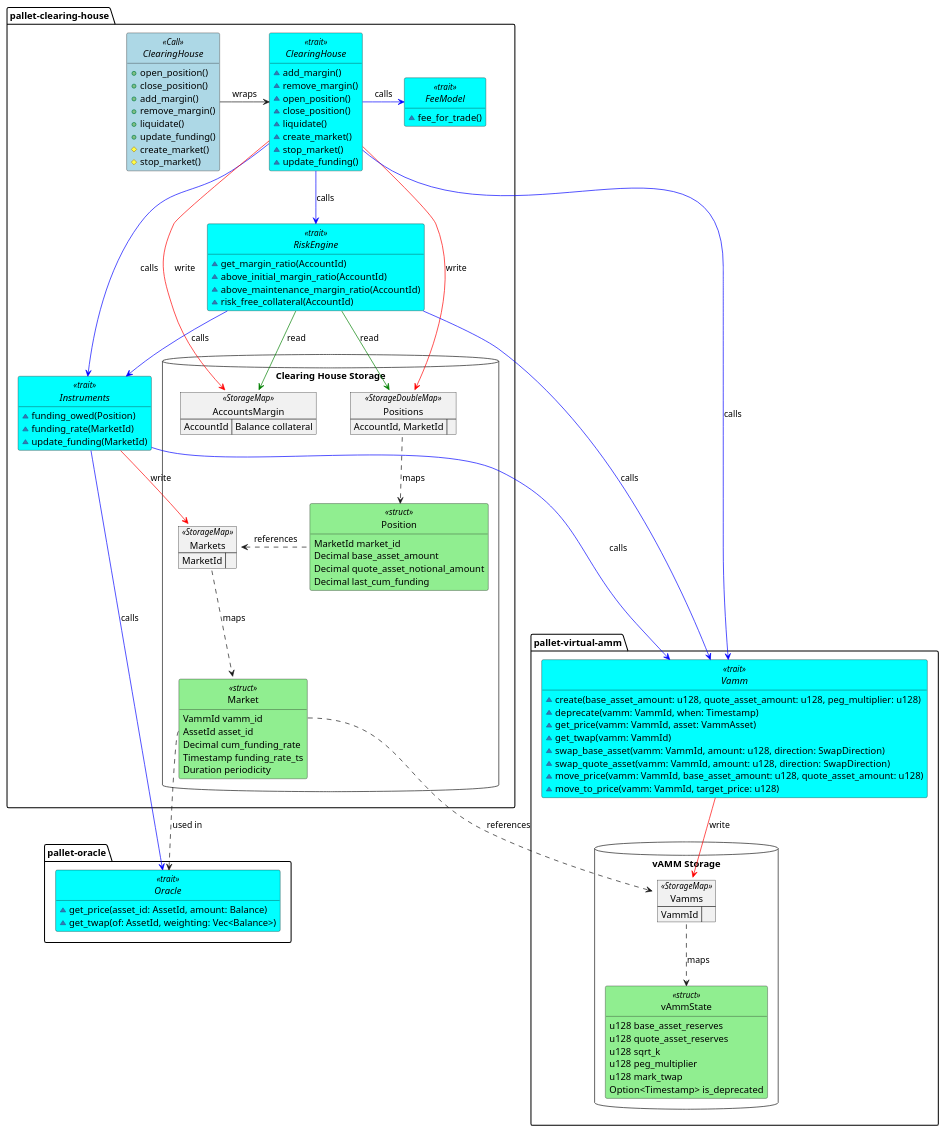
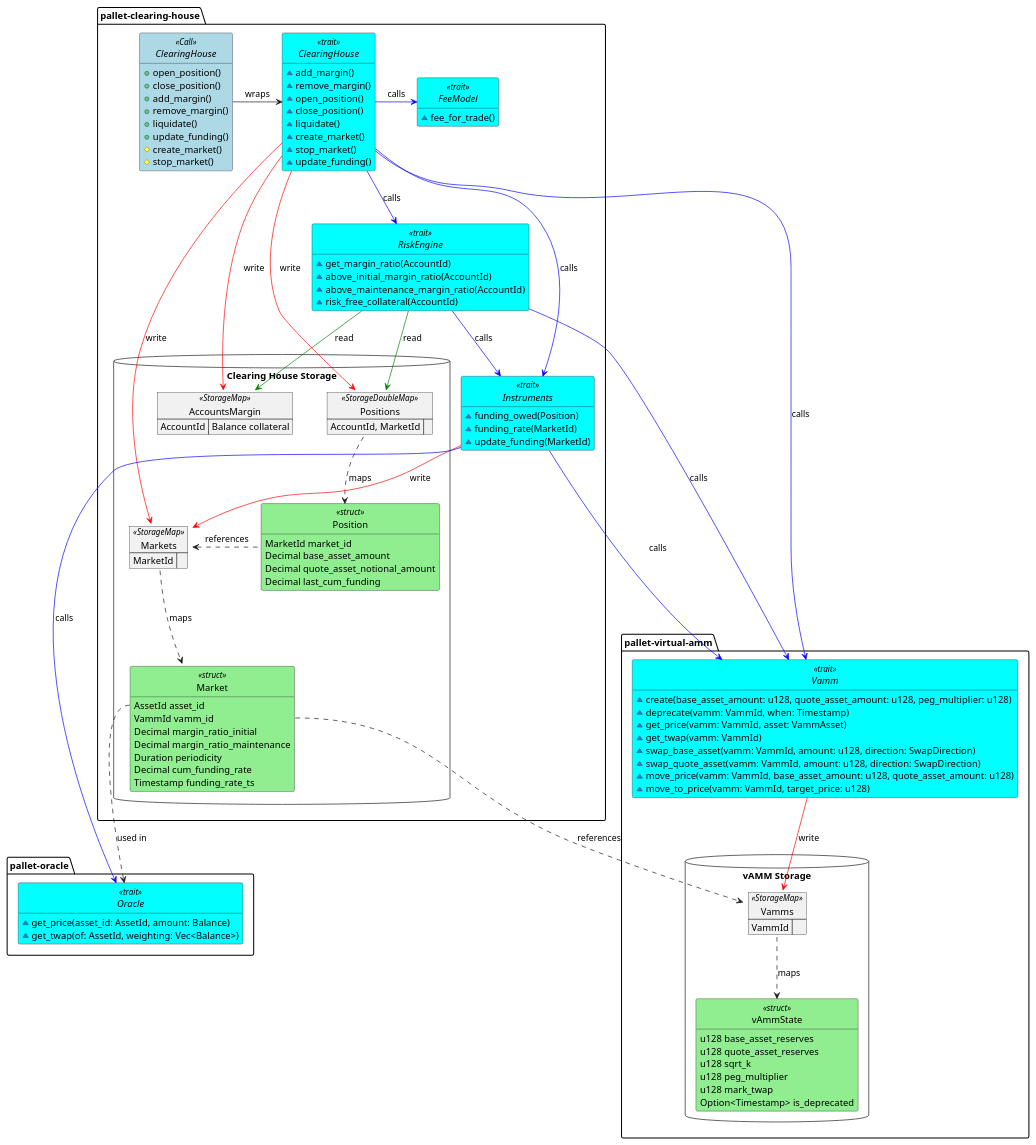
The diagram in frame/clearing-house/diagrams/clearing-house.plantuml (ComposableFi/composable), drawn with PlantUML before and after one commit.

Commit message:
docs(CH): update clearing-house.plantuml
Update Market struct and write relation

```diff
--- a/frame/clearing-house/diagrams/clearing-house.plantuml
+++ b/frame/clearing-house/diagrams/clearing-house.plantuml
@@ -1,167 +1,173 @@
 @startuml clearing-house
 
 <style>
 .struct {
     BackgroundColor LightGreen
 }
 .Call {
     BackgroundColor LightBlue
 }
 .trait {
     BackgroundColor Cyan
 }
 </style>
 
 package "pallet-clearing-house" {
     interface ClearingHouse <<Call>> {
         + open_position()
         + close_position()
         + add_margin()
         + remove_margin()
         + liquidate()
         + update_funding()
         # create_market()
         # stop_market()
     }
 
     interface "ClearingHouse" as CH <<trait>> {
         ~ add_margin()
         ~ remove_margin()
         ~ open_position()
         ~ close_position()
         ~ liquidate()
         ~ create_market()
         ~ stop_market()
         ~ update_funding()
     }
     
     interface "RiskEngine" as RETrait <<trait>> {
         ~ get_margin_ratio(AccountId)
         ~ above_initial_margin_ratio(AccountId)
         ~ above_maintenance_margin_ratio(AccountId)
         ~ risk_free_collateral(AccountId)
         '~ get_free_collateral()
     }
     
     interface "Instruments" as ITrait <<trait>> {
         ~ funding_owed(Position)
         ~ funding_rate(MarketId)
         ~ update_funding(MarketId)
     }
 
     interface "FeeModel" as FTrait <<trait>> {
         ~ fee_for_trade()
     }
 
     database "Clearing House Storage" {
         map "AccountsMargin" as MarginAccounts <<StorageMap>> {
             AccountId => Balance collateral
         }
 
         map Positions <<StorageDoubleMap>> {
             AccountId, MarketId =>
         }
 
         map Markets <<StorageMap>> {
             MarketId =>
         }
 
         class Position <<struct>> {
             MarketId market_id
             Decimal base_asset_amount
             Decimal quote_asset_notional_amount
             Decimal last_cum_funding
         }
 
         class Market <<struct>> {
+            AssetId asset_id
             VammId vamm_id
-            AssetId asset_id
+            Decimal margin_ratio_initial
+            Decimal margin_ratio_maintenance
+            Duration periodicity
             Decimal cum_funding_rate
             Timestamp funding_rate_ts
-            Duration periodicity
         }
     }
 }
 
 package "pallet-virtual-amm" {
     interface "Vamm" as vAmm <<trait>> {
         ~ create(base_asset_amount: u128, quote_asset_amount: u128, peg_multiplier: u128)
         ~ deprecate(vamm: VammId, when: Timestamp)
         ~ get_price(vamm: VammId, asset: VammAsset)
         ~ get_twap(vamm: VammId)
         ~ swap_base_asset(vamm: VammId, amount: u128, direction: SwapDirection)
         ~ swap_quote_asset(vamm: VammId, amount: u128, direction: SwapDirection)
         ~ move_price(vamm: VammId, base_asset_amount: u128, quote_asset_amount: u128)
         ~ move_to_price(vamm: VammId, target_price: u128)
     }
     database "vAMM Storage" {
         map "Vamms" as vAmms <<StorageMap>> {
             VammId =>
         }
         class vAmmState <<struct>> {
             u128 base_asset_reserves
             u128 quote_asset_reserves
             u128 sqrt_k
             u128 peg_multiplier
             u128 mark_twap
             Option<Timestamp> is_deprecated
         }
     }
 }
 
 package "pallet-oracle" {
     interface Oracle <<trait>> {
         ~get_price(asset_id: AssetId, amount: Balance)
         ~get_twap(of: AssetId, weighting: Vec<Balance>)
     }
 }
 
 hide empty members
 hide circle
 
 '================== Storage relationships
 Markets ..down> Market : maps
 Market::vamm_id ..> vAmms : references
 Market::asset_id ..> Oracle : used in
 
 Positions ..down> Position: maps
 Position ..left> Markets : references
 
 '================== Control flow relationships             
 ClearingHouse -> CH : wraps
 
 CH -[#blue]-> ITrait : calls
 
 'add_margin
 'remove_margin
 CH -[#red]-> MarginAccounts : write
 
+'create_market
+'stop_market
+CH -[#red]-> Markets : write
+
 'remove_margin
 CH -[#blue]-> RETrait : calls
 
 'open_position
 'close_position
 'liquidate
 CH -[#red]-> Positions : write
 CH -[#blue]right> FTrait : calls
 
 'open_position
 'close_position
 CH -[#blue]-> vAmm : calls
 
 'update_funding
 ITrait -[#red]-> Markets : write
 ITrait -[#blue]-> Oracle : calls
 ITrait -[#blue]-> vAmm : calls
 
 'get_margin_ratio
 RETrait -[#green]-> MarginAccounts : read
 RETrait -[#green]-> Positions : read
 RETrait -[#blue]-> ITrait : calls
 RETrait -[#blue]-> vAmm : calls
 
 'vAMM
 vAmm -[#red]-> vAmms : write
 vAmms ..> vAmmState : maps
 
 @enduml
```
